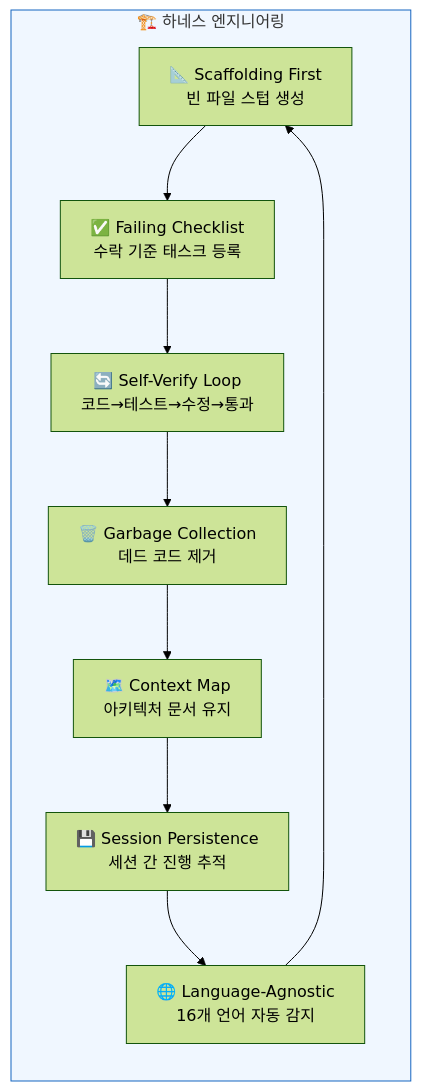
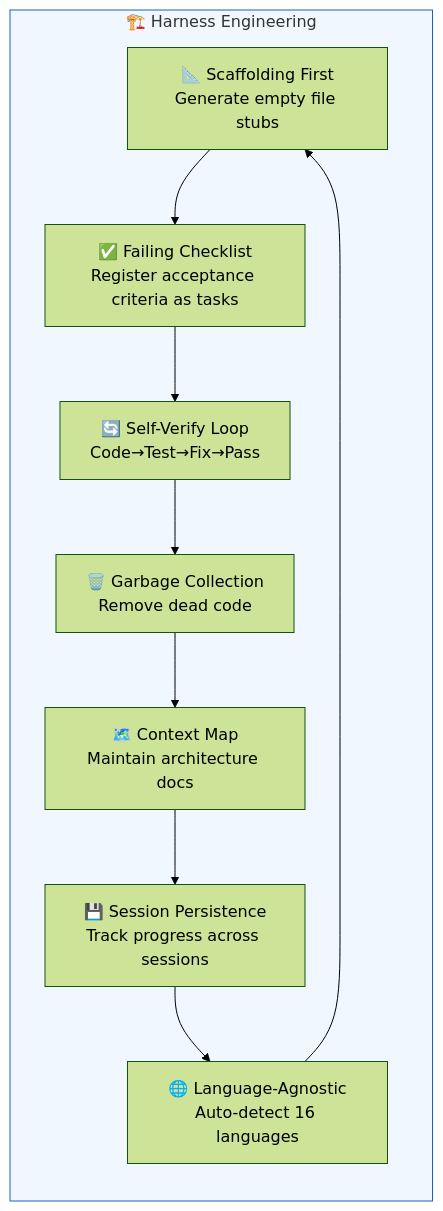
One commit to modu-ai/moai-adk changed the first of 2 diagrams in docs-site/content/en/core-concepts/harness-engineering.md. Above: the diagram before and after it, drawn with Mermaid (forest theme). The commit also changed other lines of this file and 7 other files, not shown here.

````diff
--- a/docs-site/content/en/core-concepts/harness-engineering.md
+++ b/docs-site/content/en/core-concepts/harness-engineering.md
@@ -20,15 +20,15 @@
 ```mermaid
 graph TB
-    subgraph Harness["🏗️ 하네스 엔지니어링"]
+    subgraph Harness["🏗️ Harness Engineering"]
         direction TB
-        SF["📐 Scaffolding First<br/>빈 파일 스텁 생성"] --> FC["✅ Failing Checklist<br/>수락 기준 태스크 등록"]
-        FC --> SV["🔄 Self-Verify Loop<br/>코드→테스트→수정→통과"]
-        SV --> GC["🗑️ Garbage Collection<br/>데드 코드 제거"]
-        GC --> CM["🗺️ Context Map<br/>아키텍처 문서 유지"]
-        CM --> SP["💾 Session Persistence<br/>세션 간 진행 추적"]
-        SP --> LA["🌐 Language-Agnostic<br/>16개 언어 자동 감지"]
+        SF["📐 Scaffolding First<br/>Generate empty file stubs"] --> FC["✅ Failing Checklist<br/>Register acceptance criteria as tasks"]
+        FC --> SV["🔄 Self-Verify Loop<br/>Code→Test→Fix→Pass"]
+        SV --> GC["🗑️ Garbage Collection<br/>Remove dead code"]
+        GC --> CM["🗺️ Context Map<br/>Maintain architecture docs"]
+        CM --> SP["💾 Session Persistence<br/>Track progress across sessions"]
+        SP --> LA["🌐 Language-Agnostic<br/>Auto-detect 16 languages"]
         LA --> SF
     end
 
     style Harness fill:#f0f7ff,stroke:#1565C0
 ```
````
